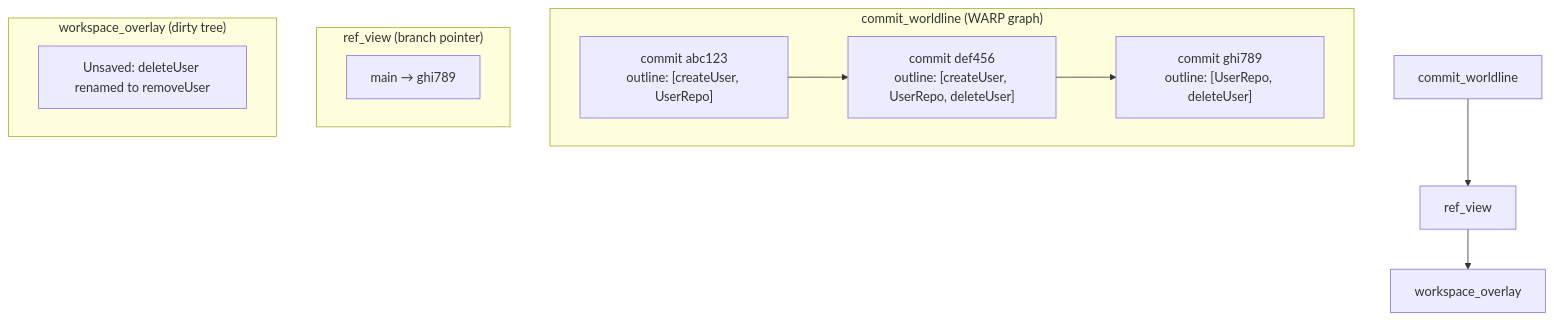
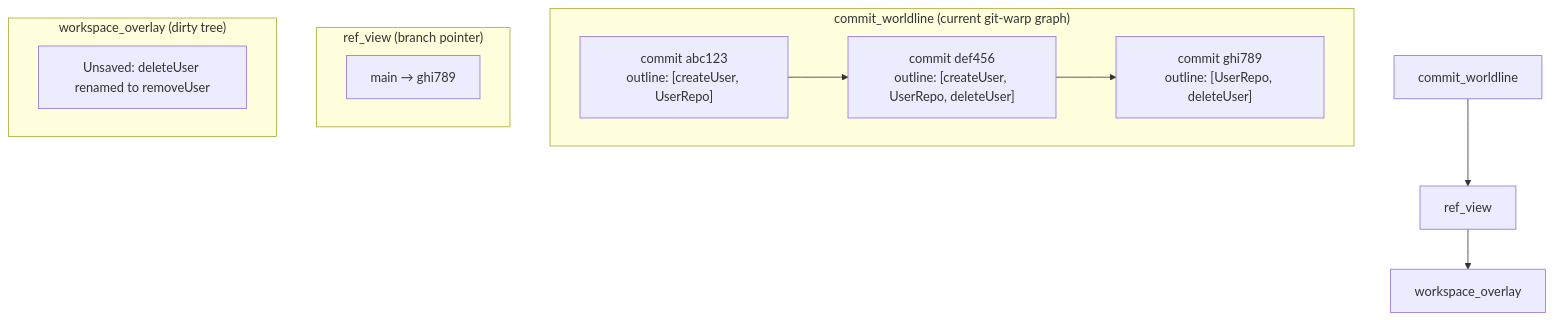
Diagram 17 of 29 in docs/TECHNICAL_TEARDOWN.md (flyingrobots/graft), drawn with Mermaid before and after one commit. The commit also changed other lines of this file and 1 other file, not shown here.

Commit message:
docs: correct public architecture docs

````diff
--- a/docs/TECHNICAL_TEARDOWN.md
+++ b/docs/TECHNICAL_TEARDOWN.md
@@ -1074,20 +1100,20 @@
 ```mermaid
 graph TD
-    subgraph "commit_worldline (WARP graph)"
+    subgraph "commit_worldline (current git-warp graph)"
         C1["commit abc123<br />outline: [createUser, UserRepo]"]
         C2["commit def456<br />outline: [createUser, UserRepo, deleteUser]"]
         C3["commit ghi789<br />outline: [UserRepo, deleteUser]"]
         C1 --> C2 --> C3
     end
 
     subgraph "ref_view (branch pointer)"
         Main["main → ghi789"]
     end
 
     subgraph "workspace_overlay (dirty tree)"
         Dirty["Unsaved: deleteUser renamed to removeUser"]
     end
 
     commit_worldline --> ref_view
     ref_view --> workspace_overlay
 ```
````
